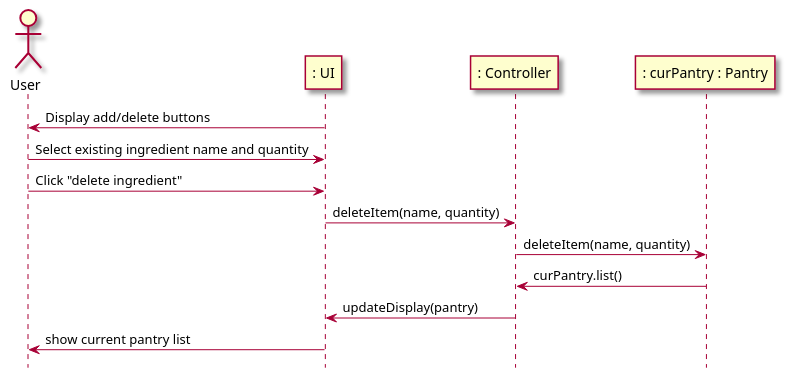
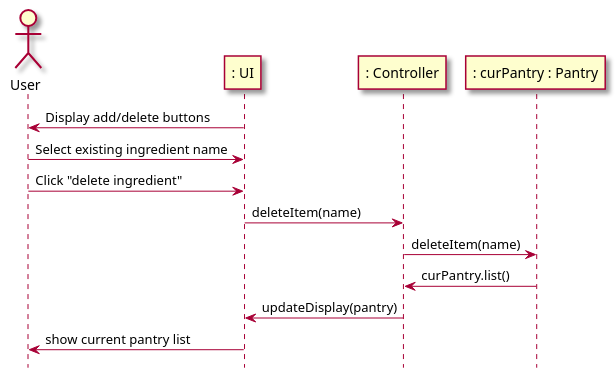
The fifth of 6 diagrams in intellij/doc/use-cases/manage_pantry.md (berthashipper/Pantry-Pal-Android-Application), drawn with PlantUML before and after one commit. The commit also changed other lines of this file and 3 other files, not shown here.

Commit message:
Finish sequence diagrams for manage pantry

`````diff
--- a/intellij/doc/use-cases/manage_pantry.md
+++ b/intellij/doc/use-cases/manage_pantry.md
@@ -148,22 +148,22 @@
 ```plantuml
 @startuml
 skin rose
 
 hide footbox
 
 actor User as user
 participant ": UI" as ui
 participant ": Controller"  as cont
 participant ": curPantry : Pantry" as pantry
 
 ui -> user : Display add/delete buttons
-user -> ui : Select existing ingredient name and quantity
+user -> ui : Select existing ingredient name
 user -> ui : Click "delete ingredient"
-ui -> cont : deleteItem(name, quantity)
-cont -> pantry : deleteItem(name, quantity)
+ui -> cont : deleteItem(name)
+cont -> pantry : deleteItem(name)
 pantry -> cont : curPantry.list()
 cont -> ui : updateDisplay(pantry)
 ui -> user : show current pantry list
 
 @enduml
 ````
`````
